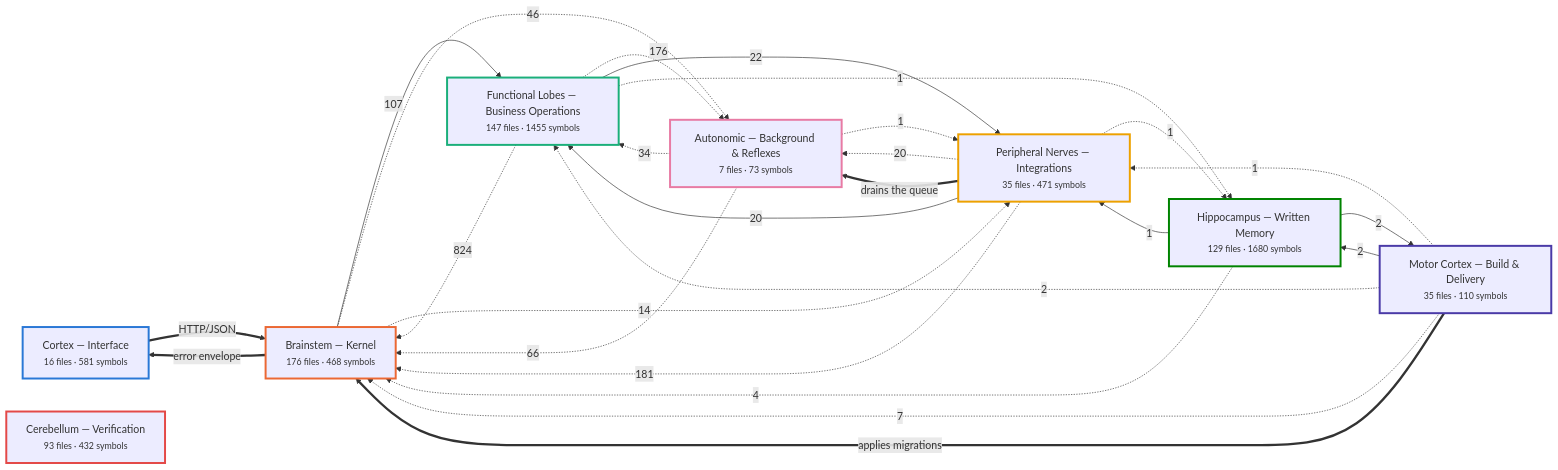
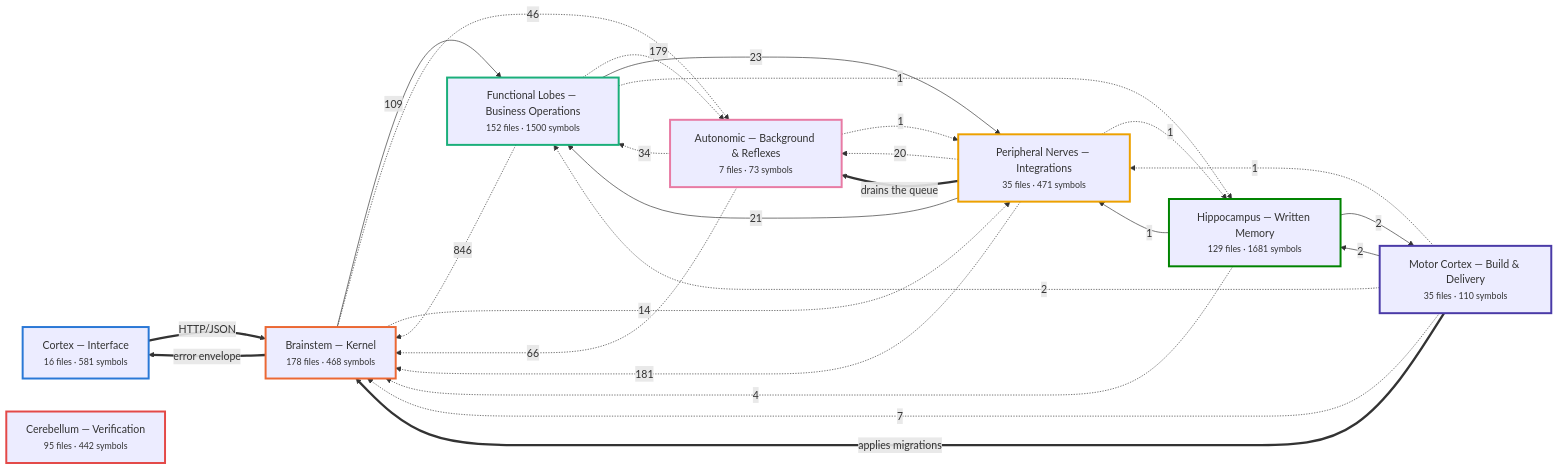
The first of 7 diagrams in docs/brain/BRAIN.md (Vishalnayak226/custom_erp), drawn with Mermaid before and after one commit. The commit also changed other lines of this file and 20 other files, not shown here.

````diff
--- a/docs/brain/BRAIN.md
+++ b/docs/brain/BRAIN.md
@@ -35,52 +35,52 @@
 ```mermaid
 flowchart LR
   n_cortex["Cortex — Interface<br/><small>16 files · 581 symbols</small>"]
-  n_brainstem["Brainstem — Kernel<br/><small>176 files · 468 symbols</small>"]
-  n_business["Functional Lobes — Business Operations<br/><small>147 files · 1455 symbols</small>"]
+  n_brainstem["Brainstem — Kernel<br/><small>178 files · 468 symbols</small>"]
+  n_business["Functional Lobes — Business Operations<br/><small>152 files · 1500 symbols</small>"]
   n_peripheral["Peripheral Nerves — Integrations<br/><small>35 files · 471 symbols</small>"]
   n_autonomic["Autonomic — Background & Reflexes<br/><small>7 files · 73 symbols</small>"]
-  n_memory["Hippocampus — Written Memory<br/><small>129 files · 1680 symbols</small>"]
+  n_memory["Hippocampus — Written Memory<br/><small>129 files · 1681 symbols</small>"]
   n_motor["Motor Cortex — Build & Delivery<br/><small>35 files · 110 symbols</small>"]
-  n_verification["Cerebellum — Verification<br/><small>93 files · 432 symbols</small>"]
-  n_business -.->|824| n_brainstem
+  n_verification["Cerebellum — Verification<br/><small>95 files · 442 symbols</small>"]
+  n_business -.->|846| n_brainstem
   n_peripheral -.->|181| n_brainstem
-  n_business -.->|176| n_autonomic
-  n_brainstem -->|107| n_business
+  n_business -.->|179| n_autonomic
+  n_brainstem -->|109| n_business
   n_autonomic -.->|66| n_brainstem
   n_brainstem -.->|46| n_autonomic
   n_autonomic -.->|34| n_business
-  n_business -->|22| n_peripheral
+  n_business -->|23| n_peripheral
+  n_peripheral -->|21| n_business
   n_peripheral -.->|20| n_autonomic
-  n_peripheral -->|20| n_business
   n_brainstem -.->|14| n_peripheral
   n_motor -.->|7| n_brainstem
   n_memory -.->|4| n_brainstem
   n_motor -->|2| n_memory
   n_memory -->|2| n_motor
   n_motor -.->|2| n_business
+  n_memory -->|1| n_peripheral
+  n_peripheral -.->|1| n_memory
+  n_autonomic -.->|1| n_peripheral
   n_motor -.->|1| n_peripheral
-  n_memory -->|1| n_peripheral
-  n_autonomic -.->|1| n_peripheral
   n_business -.->|1| n_memory
-  n_peripheral -.->|1| n_memory
   n_brainstem ==>|error envelope| n_cortex
   n_cortex ==>|HTTP/JSON| n_brainstem
   n_motor ==>|applies migrations| n_brainstem
   n_peripheral ==>|drains the queue| n_autonomic
   classDef n_cortex stroke:#2a78d6,stroke-width:3px;
   class n_cortex n_cortex;
   classDef n_brainstem stroke:#eb6834,stroke-width:3px;
   class n_brainstem n_brainstem;
   classDef n_business stroke:#1baf7a,stroke-width:3px;
   class n_business n_business;
   classDef n_peripheral stroke:#eda100,stroke-width:3px;
   class n_peripheral n_peripheral;
   classDef n_autonomic stroke:#e87ba4,stroke-width:3px;
   class n_autonomic n_autonomic;
   classDef n_memory stroke:#008300,stroke-width:3px;
   class n_memory n_memory;
   classDef n_motor stroke:#4a3aa7,stroke-width:3px;
   class n_motor n_motor;
   classDef n_verification stroke:#e34948,stroke-width:3px;
   class n_verification n_verification;
 ```
````
